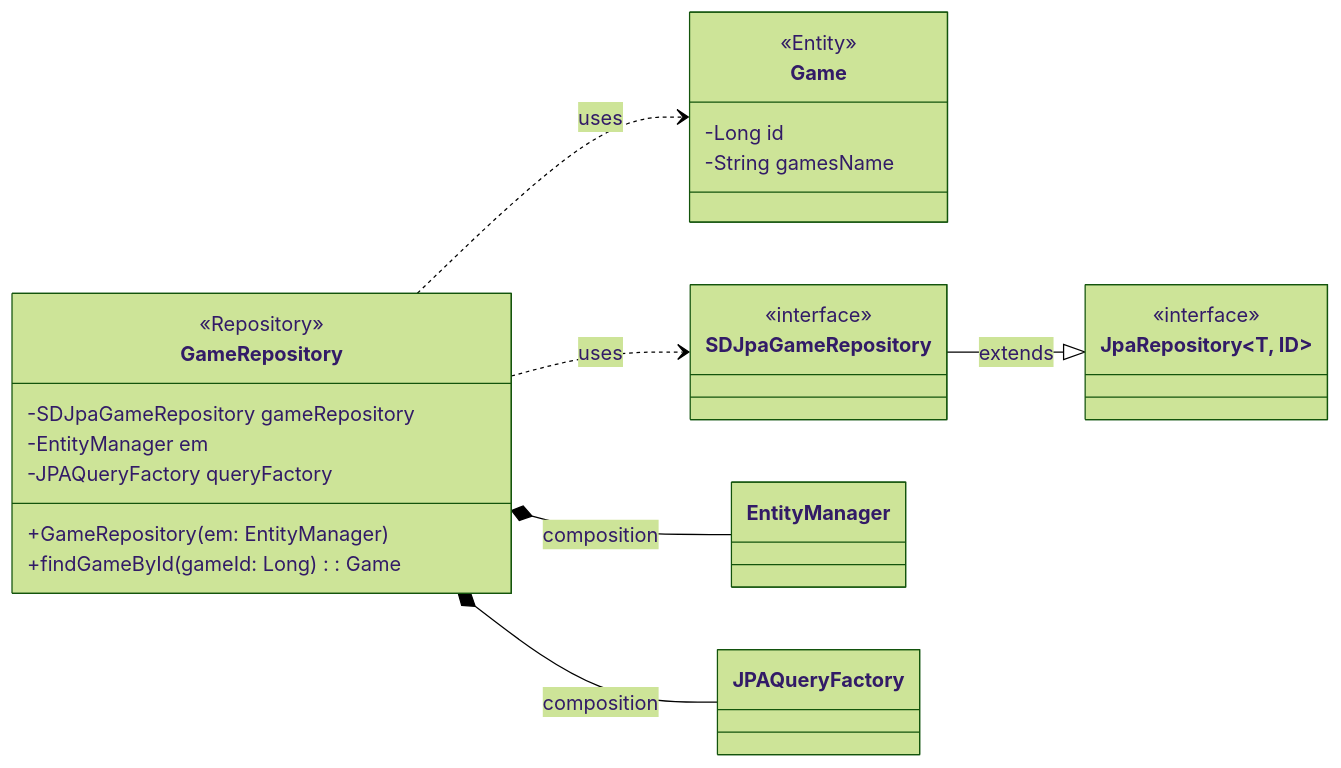
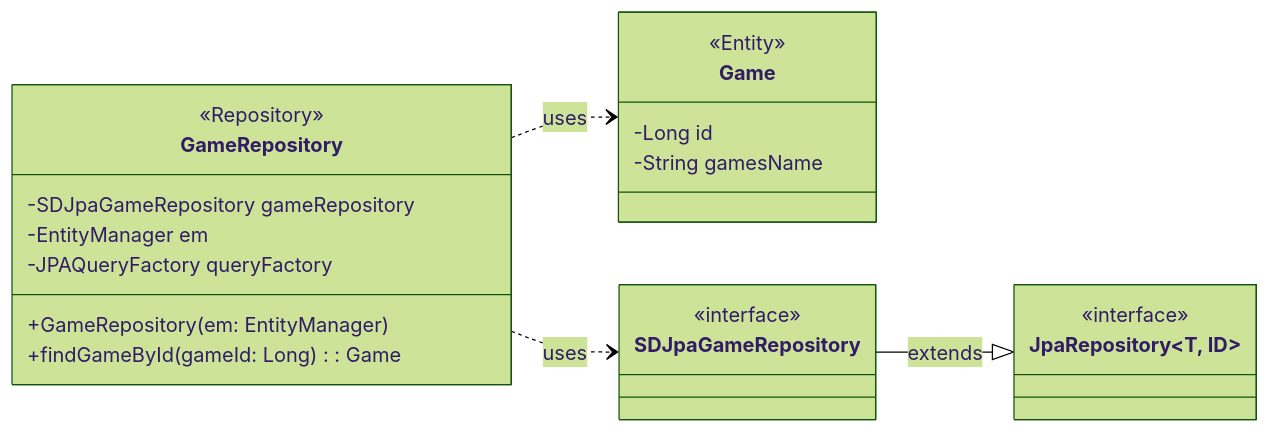
Before and after one commit to rororo33/game-s-cord: the diagram in SDS/classDiagram/gameClassDiagram.md, drawn with Mermaid (forest theme). The commit also changed other lines of this file and 11 other files, not shown here.

Commit message:
fix: 클래스 다이어그램 수정

````diff
--- a/SDS/classDiagram/gameClassDiagram.md
+++ b/SDS/classDiagram/gameClassDiagram.md
@@ -3,41 +3,32 @@
 ```mermaid
     classDiagram
     direction LR
     
     class GameRepository {
         <<Repository>>
         -SDJpaGameRepository gameRepository
         -EntityManager em
         -JPAQueryFactory queryFactory
         +GameRepository(em: EntityManager)
         +findGameById(gameId: Long): Game
     }
 
     class Game {
         <<Entity>>
         -Long id
         -String gamesName
     }
 
     class SDJpaGameRepository {
         <<interface>>
     }
 
-    class EntityManager {
-    }
-
-    class JPAQueryFactory {
-    }
-
     class JpaRepository~T, ID~ {
         <<interface>>
     }
 
     %% Relationships
     SDJpaGameRepository --|> JpaRepository : extends
     GameRepository ..> SDJpaGameRepository : uses
-    GameRepository *-- EntityManager : composition
-    GameRepository *-- JPAQueryFactory : composition
     GameRepository ..> Game : uses
-
 ```
````
